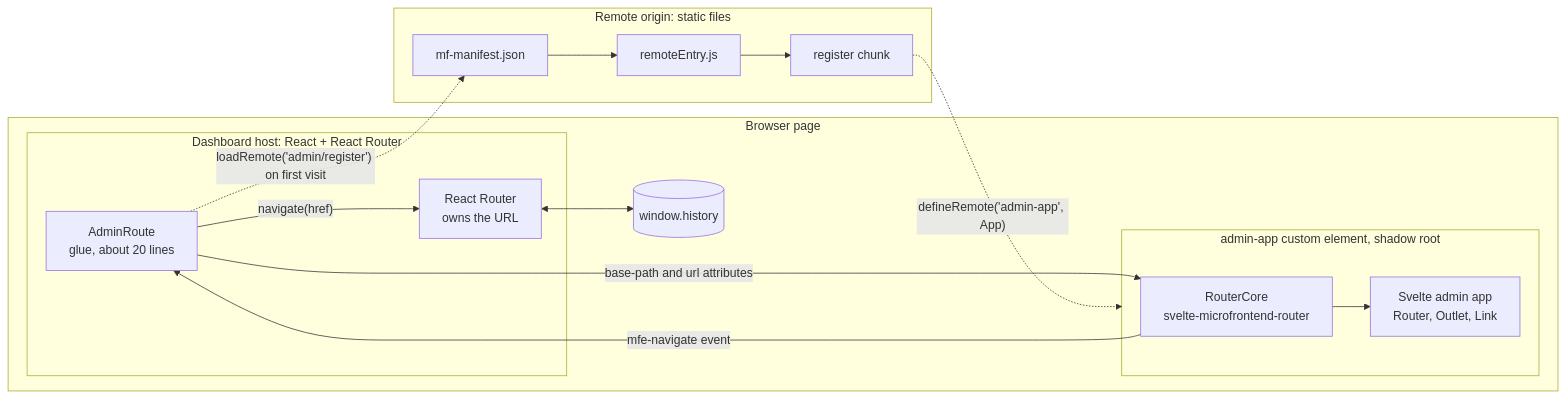
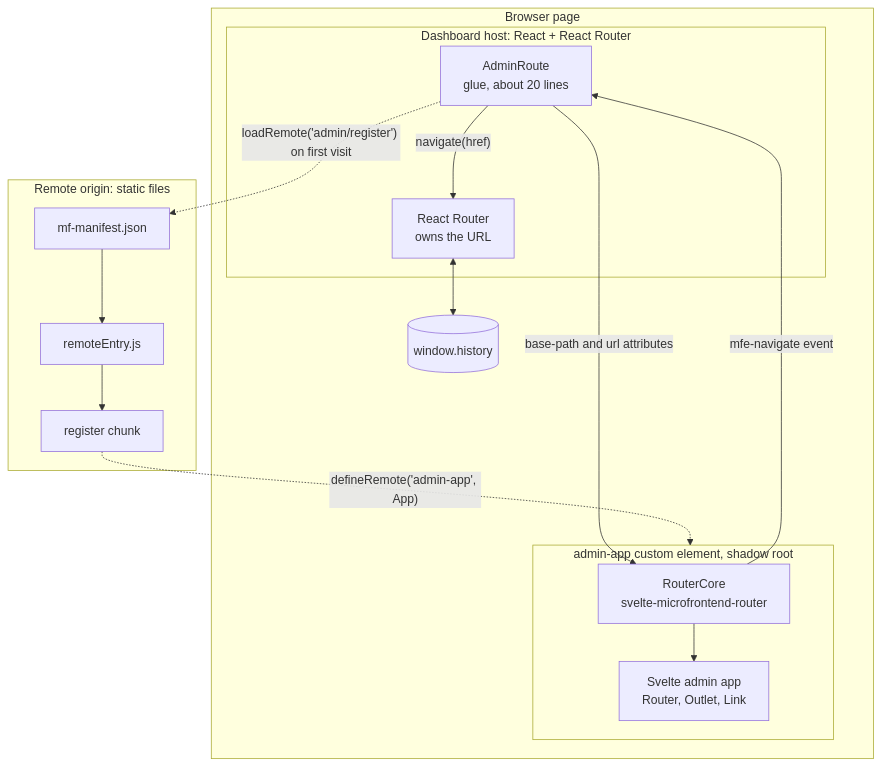
Before and after one commit to 17aim17/micro-frontend-monorepo: the first of 2 diagrams in README.md, drawn with Mermaid. The commit also changed 1 other file, not shown here.

Commit message:
Lay out the architecture diagram top to bottom so it stays readable

````diff
--- a/README.md
+++ b/README.md
@@ -23,25 +23,25 @@
 ```mermaid
-flowchart LR
+flowchart TB
   subgraph Page["Browser page"]
     History[("window.history")]
     subgraph Host["Dashboard host: React + React Router"]
       HostRouter["React Router<br/>owns the URL"]
       AdminRoute["AdminRoute<br/>glue, about 20 lines"]
     end
     subgraph Element["admin-app custom element, shadow root"]
       Core["RouterCore<br/>svelte-microfrontend-router"]
       App["Svelte admin app<br/>Router, Outlet, Link"]
     end
   end
   subgraph Remote["Remote origin: static files"]
     Manifest["mf-manifest.json"] --> Entry["remoteEntry.js"] --> Chunk["register chunk"]
   end
 
   HostRouter <--> History
   AdminRoute -- "base-path and url attributes" --> Core
   Core -- "mfe-navigate event" --> AdminRoute
   AdminRoute -- "navigate(href)" --> HostRouter
   Core --> App
   AdminRoute -. "loadRemote('admin/register') on first visit" .-> Manifest
   Chunk -. "defineRemote('admin-app', App)" .-> Element
 ```
````
